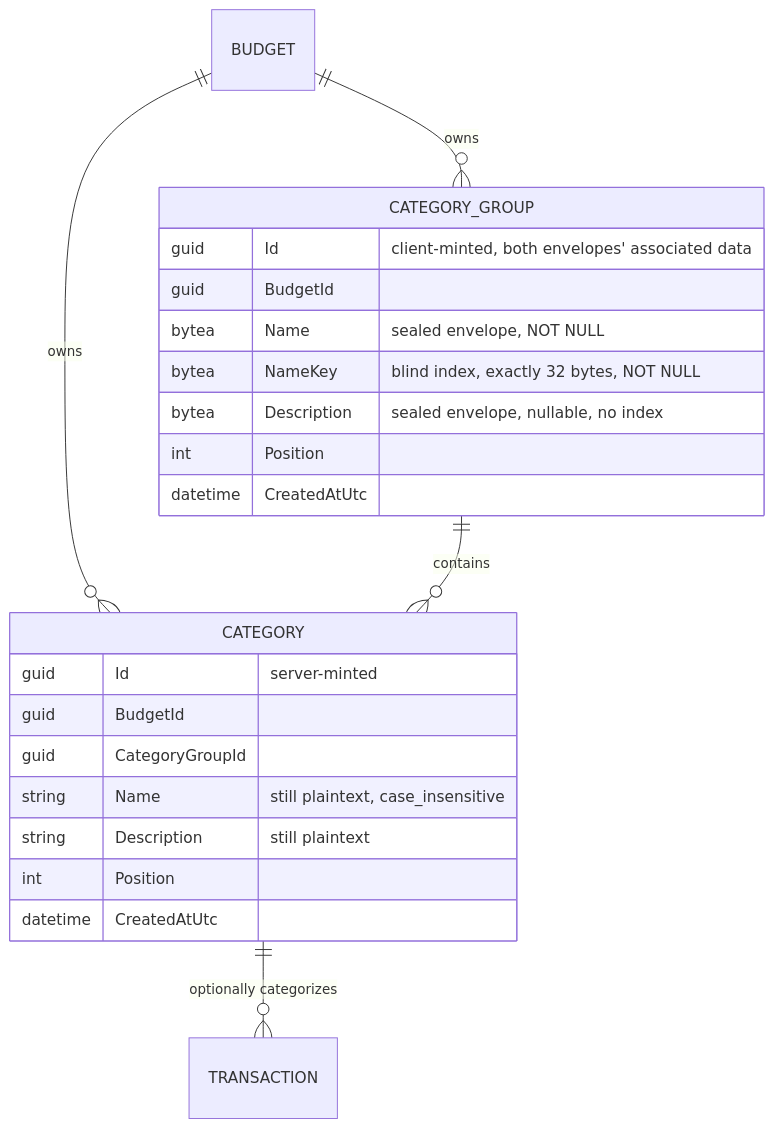
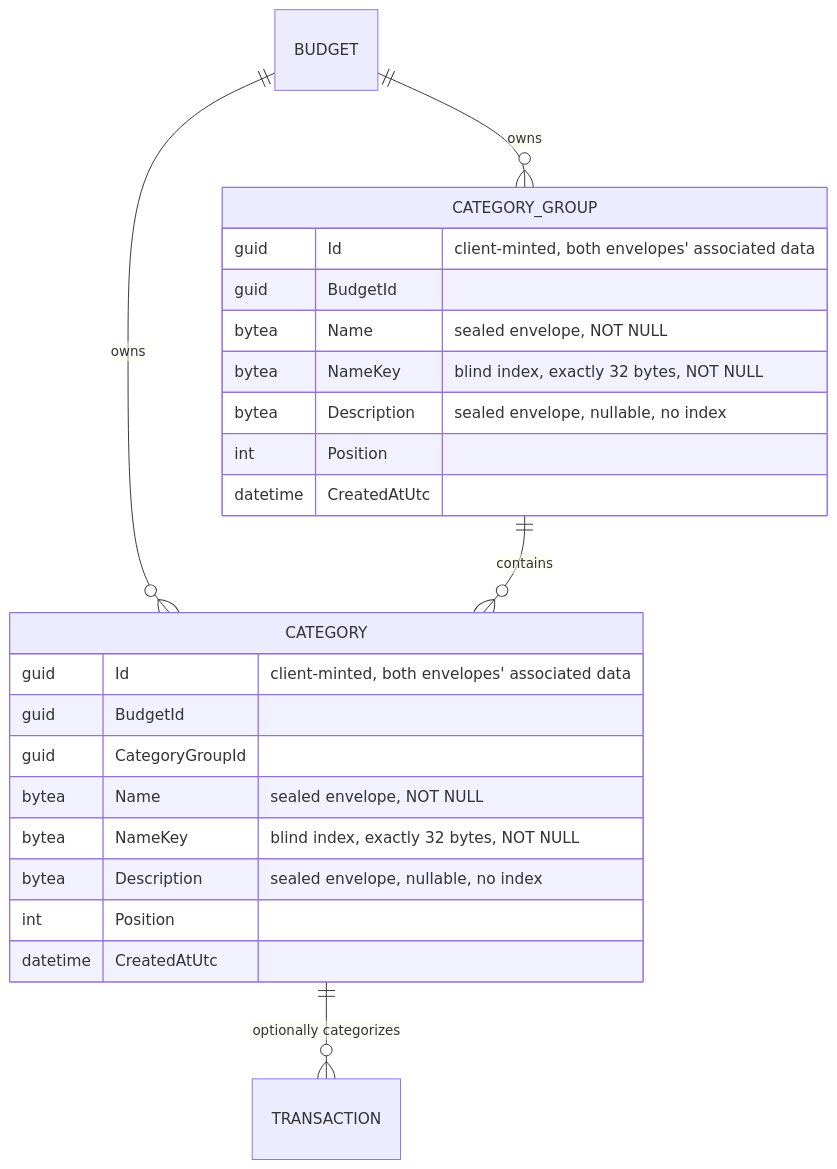
Before and after one commit to anton-kochev/budgetoid: the diagram in docs/business-logic/categories.md, drawn with Mermaid. The commit also changed other lines of this file and 74 other files, not shown here.

````diff
--- a/docs/business-logic/categories.md
+++ b/docs/business-logic/categories.md
@@ -61,25 +73,26 @@
 ```mermaid
 erDiagram
     BUDGET ||--o{ CATEGORY_GROUP : owns
     BUDGET ||--o{ CATEGORY : owns
     CATEGORY_GROUP ||--o{ CATEGORY : contains
     CATEGORY ||--o{ TRANSACTION : "optionally categorizes"
     CATEGORY_GROUP {
         guid Id "client-minted, both envelopes' associated data"
         guid BudgetId
         bytea Name "sealed envelope, NOT NULL"
         bytea NameKey "blind index, exactly 32 bytes, NOT NULL"
         bytea Description "sealed envelope, nullable, no index"
         int Position
         datetime CreatedAtUtc
     }
     CATEGORY {
-        guid Id "server-minted"
+        guid Id "client-minted, both envelopes' associated data"
         guid BudgetId
         guid CategoryGroupId
-        string Name "still plaintext, case_insensitive"
-        string Description "still plaintext"
+        bytea Name "sealed envelope, NOT NULL"
+        bytea NameKey "blind index, exactly 32 bytes, NOT NULL"
+        bytea Description "sealed envelope, nullable, no index"
         int Position
         datetime CreatedAtUtc
     }
 ```
````
